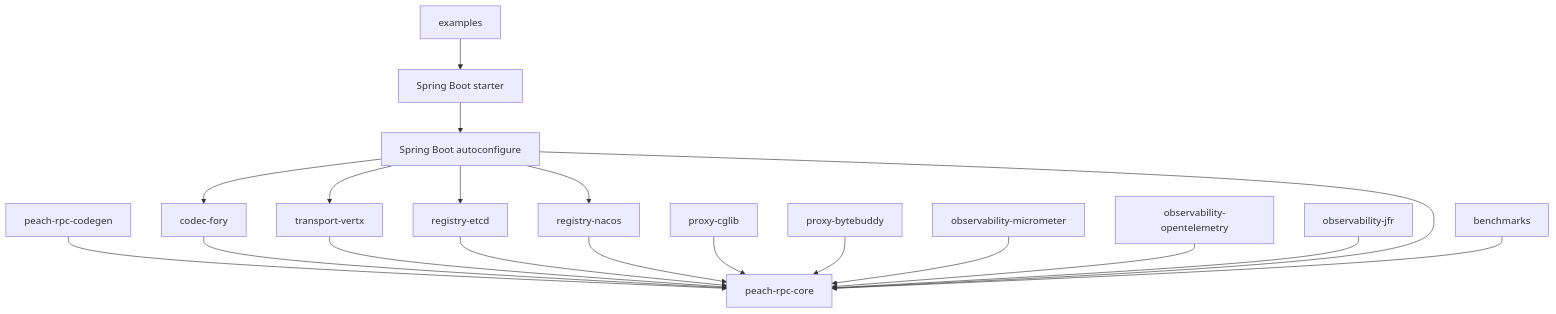
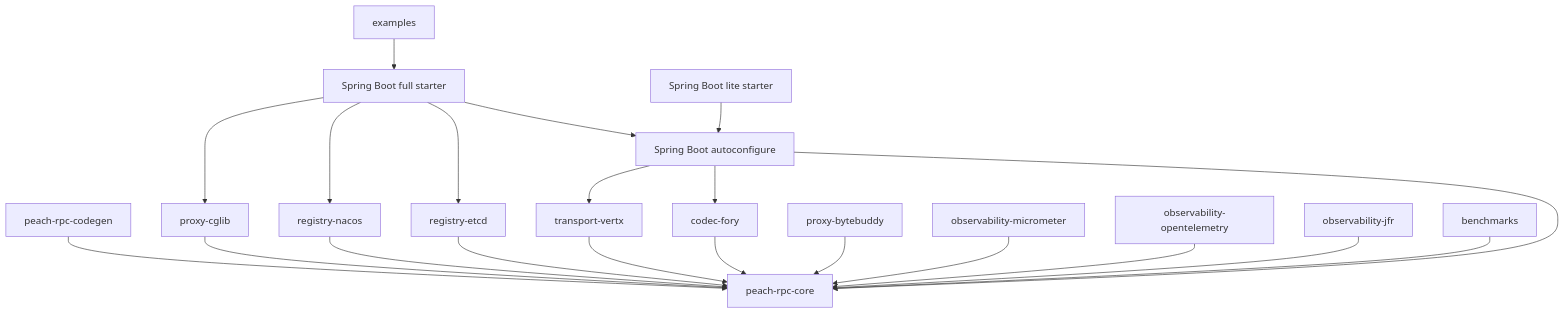
The diagram in docs/project-structure.md (Ryan-Guizhou/peach-rpc), drawn with Mermaid before and after one commit. The commit also changed other lines of this file and 9 other files, not shown here.

Commit message:
feat(starter): add dependency-minimal Boot entrypoint while preserving full starter compatibility

````diff
--- a/docs/project-structure.md
+++ b/docs/project-structure.md
@@ -42,37 +43,40 @@
 ```mermaid
 flowchart TB
     Core[peach-rpc-core]
     Codegen[peach-rpc-codegen]
     Fory[codec-fory]
     Vertx[transport-vertx]
     Etcd[registry-etcd]
     Nacos[registry-nacos]
     Cglib[proxy-cglib]
     ByteBuddy[proxy-bytebuddy]
     Micro[observability-micrometer]
     OTel[observability-opentelemetry]
     Jfr[observability-jfr]
     Auto[Spring Boot autoconfigure]
-    Starter[Spring Boot starter]
+    Starter[Spring Boot full starter]
+    Lite[Spring Boot lite starter]
     Examples[examples]
     Bench[benchmarks]
 
     Codegen --> Core
     Fory --> Core
     Vertx --> Core
     Etcd --> Core
     Nacos --> Core
     Cglib --> Core
     ByteBuddy --> Core
     Micro --> Core
     OTel --> Core
     Jfr --> Core
     Auto --> Core
     Auto --> Fory
     Auto --> Vertx
-    Auto --> Etcd
-    Auto --> Nacos
     Starter --> Auto
+    Starter --> Etcd
+    Starter --> Nacos
+    Starter --> Cglib
+    Lite --> Auto
     Examples --> Starter
     Bench --> Core
 ```
````
